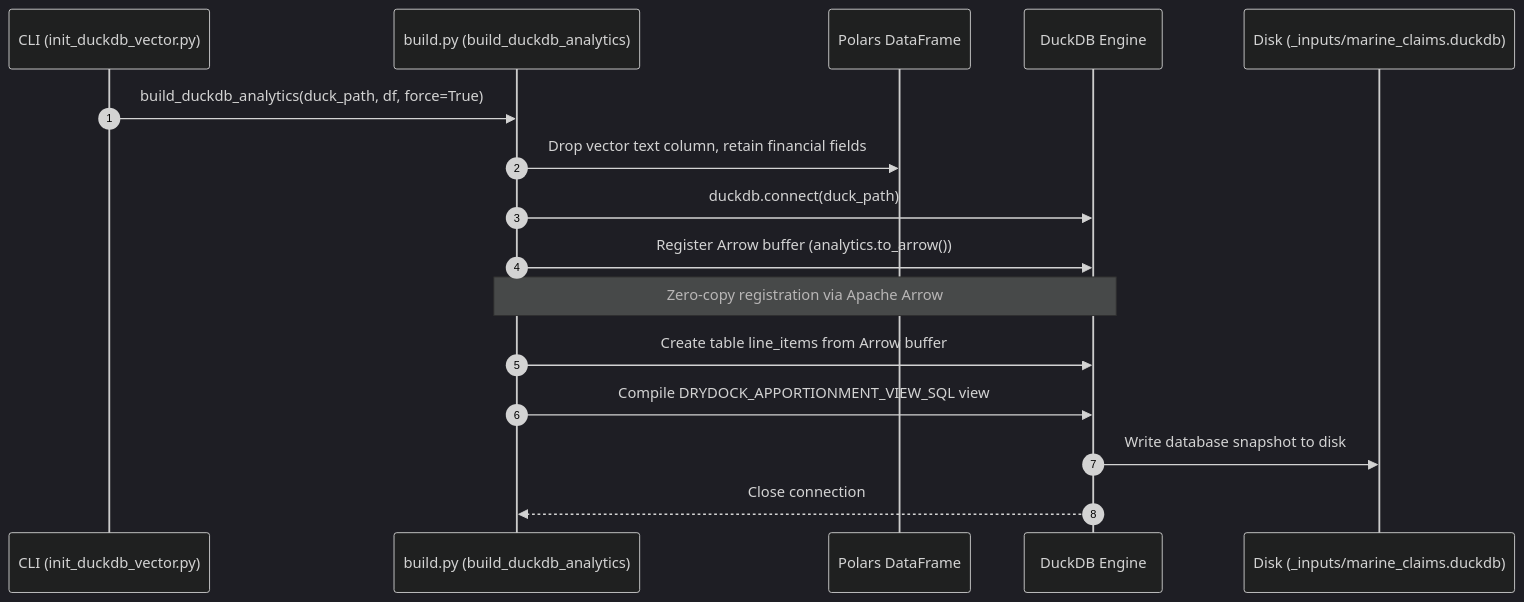
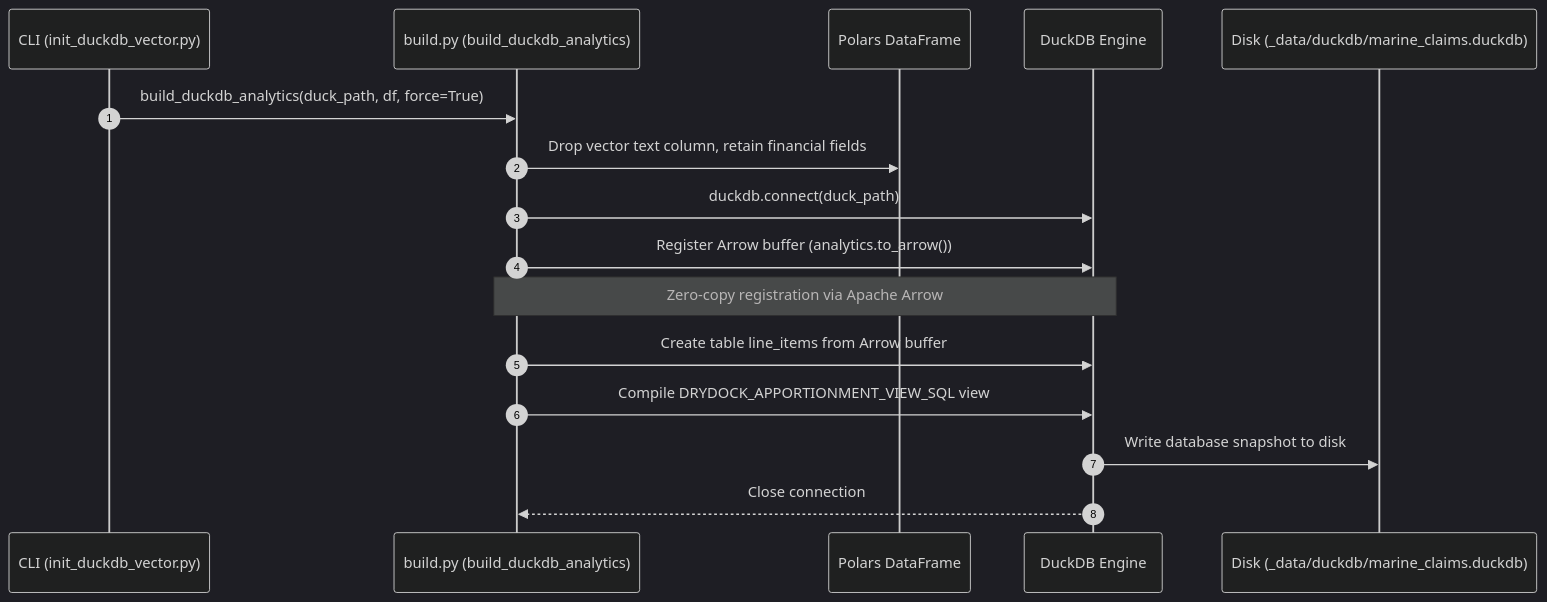
Before and after one commit to edgesentry/marine-claims-ai: the second of 5 diagrams in docs/database_architecture_and_lifecycle.md, drawn with Mermaid (dark theme). The commit also changed other lines of this file and 5 other files, not shown here.

````diff
--- a/docs/database_architecture_and_lifecycle.md
+++ b/docs/database_architecture_and_lifecycle.md
@@ -123,19 +123,19 @@
 ```mermaid
 sequenceDiagram
     autonumber
     participant CLI as CLI (init_duckdb_vector.py)
     participant BUILD as build.py (build_duckdb_analytics)
     participant PL as Polars DataFrame
     participant DUCK as DuckDB Engine
-    participant FS as Disk (_inputs/marine_claims.duckdb)
+    participant FS as Disk (_data/duckdb/marine_claims.duckdb)
 
     CLI->>BUILD: build_duckdb_analytics(duck_path, df, force=True)
     BUILD->>PL: Drop vector text column, retain financial fields
     BUILD->>DUCK: duckdb.connect(duck_path)
     BUILD->>DUCK: Register Arrow buffer (analytics.to_arrow())
     Note over BUILD,DUCK: Zero-copy registration via Apache Arrow
     BUILD->>DUCK: Create table line_items from Arrow buffer
     BUILD->>DUCK: Compile DRYDOCK_APPORTIONMENT_VIEW_SQL view
     DUCK->>FS: Write database snapshot to disk
     DUCK-->>BUILD: Close connection
 ```
````
